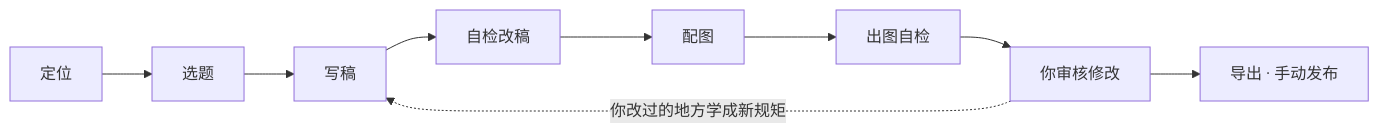
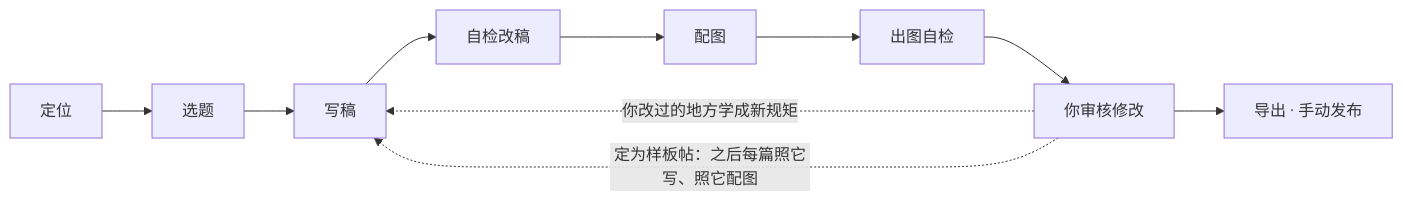
One commit to WilderNoTrack/mediaflow changed the diagram in README.md. Above: the diagram before and after it, drawn with Mermaid. The commit also changed other lines of this file, not shown here.

````diff
--- a/README.md
+++ b/README.md
@@ -13,5 +13,6 @@
 ```mermaid
 flowchart LR
   A[定位] --> B[选题] --> C[写稿] --> D[自检改稿] --> E[配图] --> F[出图自检] --> G[你审核修改] --> H[导出 · 手动发布]
   G -. 你改过的地方学成新规矩 .-> C
+  G -. 定为样板帖：之后每篇照它写、照它配图 .-> C
 ```
````
